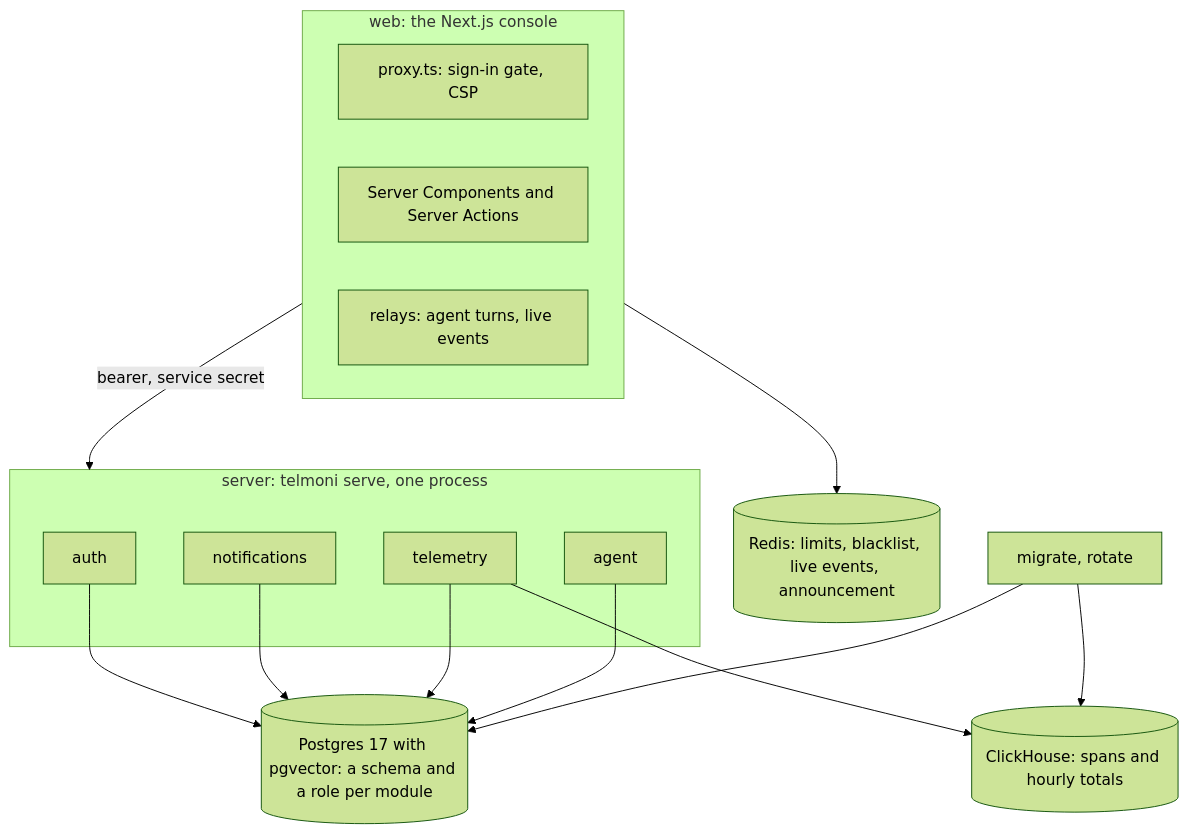
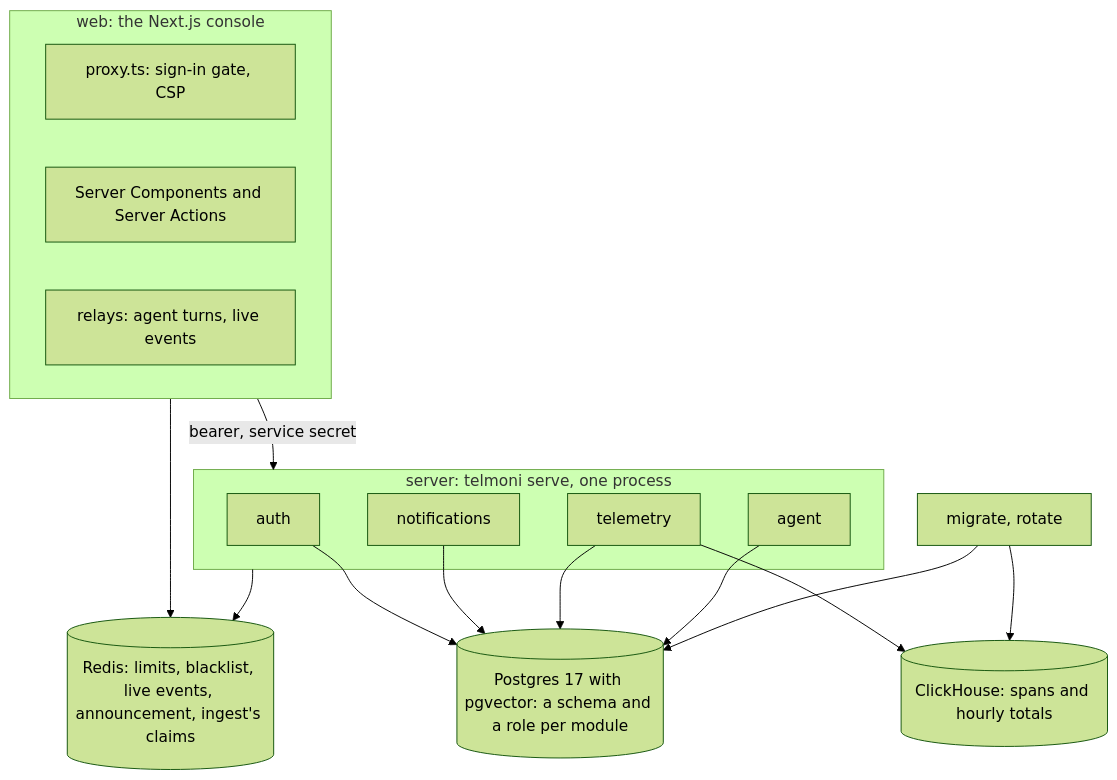
The second of 5 diagrams in ARCHITECTURE.md (telmoni/telmoni), drawn with Mermaid (forest theme) before and after one commit. The commit also changed other lines of this file and 18 other files, not shown here.

First line of the commit message:
docs: ARCHITECTURE.md and the comments catch up with the door and telemetry

````diff
--- a/ARCHITECTURE.md
+++ b/ARCHITECTURE.md
@@ -122,23 +122,24 @@
 ```mermaid
 flowchart TB
   subgraph Web["web: the Next.js console"]
     Proxy["proxy.ts: sign-in gate, CSP"]
     Pages["Server Components and Server Actions"]
     Relays["relays: agent turns, live events"]
   end
-  Redis[("Redis: limits, blacklist, live events, announcement")]
+  Redis[("Redis: limits, blacklist, live events, announcement, ingest's claims")]
   subgraph Server["server: telmoni serve, one process"]
     Auth["auth"]
     Notif["notifications"]
     Telemetry["telemetry"]
     Agent["agent"]
   end
   Jobs["migrate, rotate"]
   PG[("Postgres 17 with pgvector: a schema and a role per module")]
   CH[("ClickHouse: spans and hourly totals")]
   Web --> Redis
   Web -->|"bearer, service secret"| Server
+  Server --> Redis
   Auth & Notif & Telemetry & Agent --> PG
   Telemetry --> CH
   Jobs --> PG & CH
 ```
````
